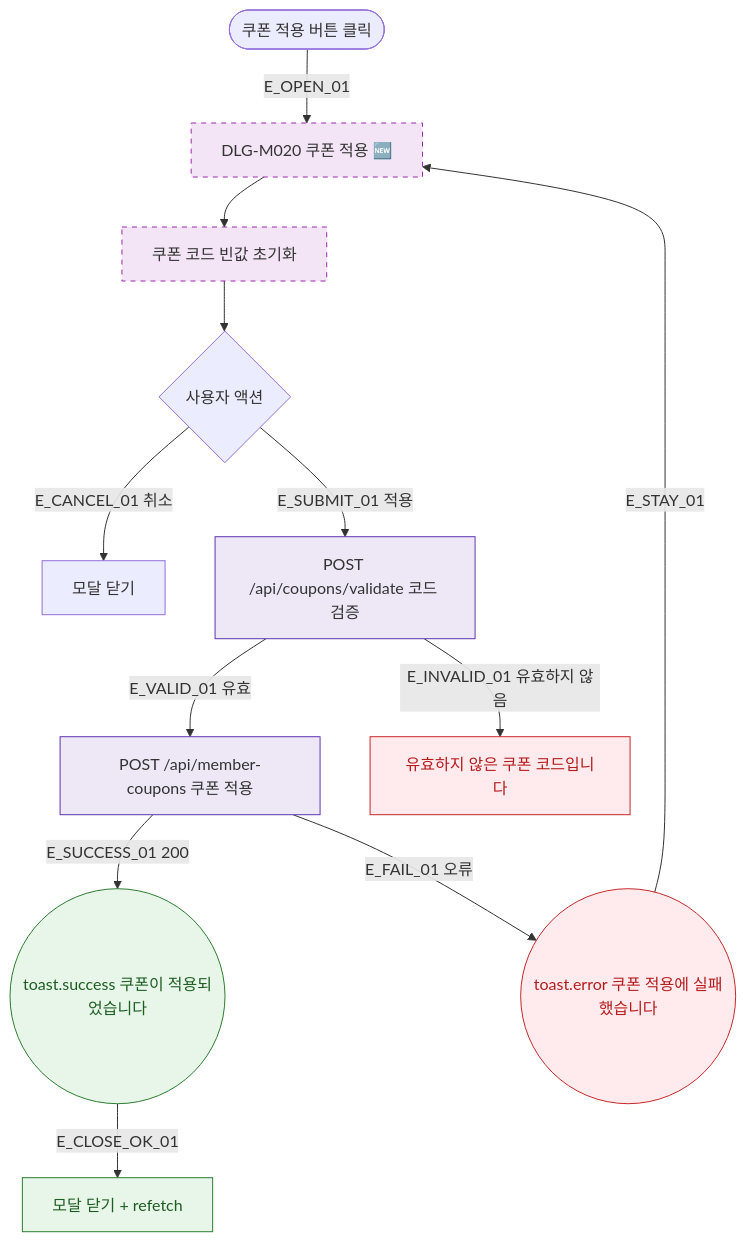
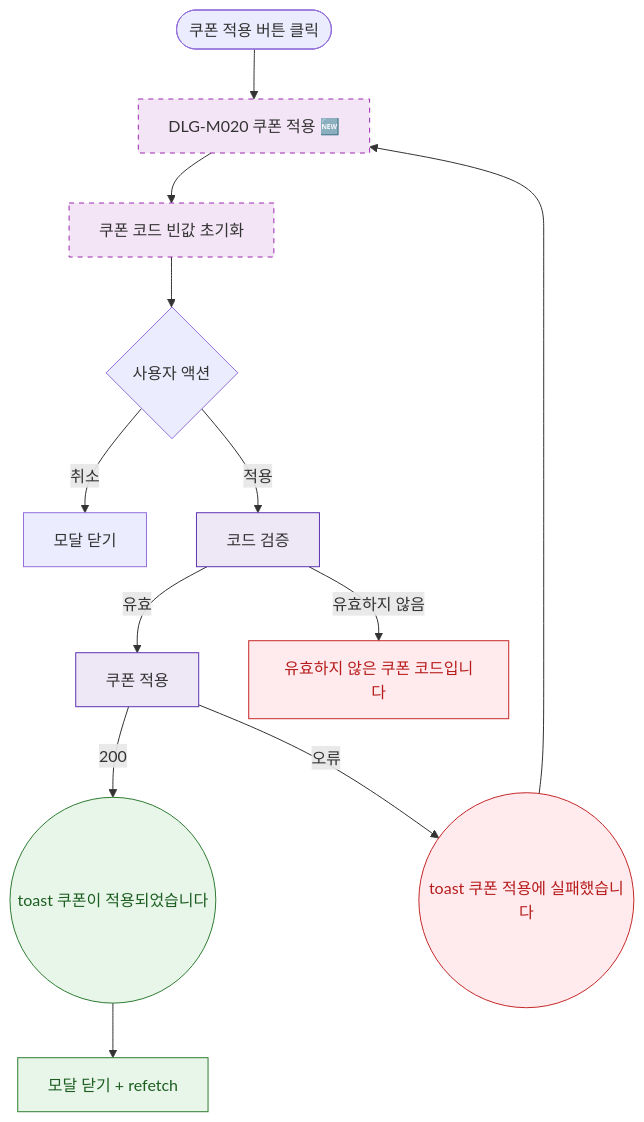
Before and after one commit to dev-spogym/admin-pando: the diagram in docs/다이어그램/D02_회원관리/DLG/DLG-M020_쿠폰적용/M1_생명주기.md, drawn with Mermaid. The commit also changed other lines of this file and 1660 other files, not shown here.

First line of the commit message:
다이어그램: 기획자/클라이언트 납품본으로 정리

````diff
--- a/docs/다이어그램/D02_회원관리/DLG/DLG-M020_쿠폰적용/M1_생명주기.md
+++ b/docs/다이어그램/D02_회원관리/DLG/DLG-M020_쿠폰적용/M1_생명주기.md
@@ -22,31 +20,31 @@
 ```mermaid
 flowchart TD
   TRIGGER([쿠폰 적용 버튼 클릭])
 
-  TRIGGER -->|E_OPEN_01| DLG_OPEN[DLG-M020 쿠폰 적용 🆕]
+  TRIGGER --> DLG_OPEN[DLG-M020 쿠폰 적용 🆕]
   DLG_OPEN --> INIT[쿠폰 코드 빈값 초기화]
 
   INIT --> USER_ACT{사용자 액션}
 
-  USER_ACT -->|E_CANCEL_01 취소| CLOSE[모달 닫기]
-  USER_ACT -->|E_SUBMIT_01 적용| API_VALIDATE[POST /api/coupons/validate 코드 검증]
+  USER_ACT -->|취소|CLOSE[모달 닫기]
+  USER_ACT -->|적용|API_VALIDATE[코드 검증]
 
-  API_VALIDATE -->|E_VALID_01 유효| API_APPLY[POST /api/member-coupons 쿠폰 적용]
-  API_VALIDATE -->|E_INVALID_01 유효하지 않음| ERR_CODE[유효하지 않은 쿠폰 코드입니다]
+  API_VALIDATE -->|유효|API_APPLY[쿠폰 적용]
+  API_VALIDATE -->|유효하지 않음|ERR_CODE[유효하지 않은 쿠폰 코드입니다]
 
-  API_APPLY -->|E_SUCCESS_01 200| TOAST_OK((toast.success 쿠폰이 적용되었습니다))
-  TOAST_OK  -->|E_CLOSE_OK_01| POST_OK[모달 닫기 + refetch]
+  API_APPLY -->|200|TOAST_OK((toast 쿠폰이 적용되었습니다))
+  TOAST_OK --> POST_OK[모달 닫기 + refetch]
 
-  API_APPLY -->|E_FAIL_01 오류| TOAST_ERR((toast.error 쿠폰 적용에 실패했습니다))
-  TOAST_ERR -->|E_STAY_01| DLG_OPEN
+  API_APPLY -->|오류|TOAST_ERR((toast 쿠폰 적용에 실패했습니다))
+  TOAST_ERR --> DLG_OPEN
 
   classDef newFeature fill:#F3E5F5,stroke:#9C27B0,stroke-dasharray:5 5
-  classDef success    fill:#E8F5E9,stroke:#2E7D32,color:#1B5E20
-  classDef error      fill:#FFEBEE,stroke:#C62828,color:#B71C1C
-  classDef system     fill:#EDE7F6,stroke:#5E35B2
+  classDef success fill:#E8F5E9,stroke:#2E7D32,color:#1B5E20
+  classDef error fill:#FFEBEE,stroke:#C62828,color:#B71C1C
+  classDef system fill:#EDE7F6,stroke:#5E35B2
 
   class DLG_OPEN,INIT newFeature
   class TOAST_OK,POST_OK success
   class ERR_CODE,TOAST_ERR error
   class API_VALIDATE,API_APPLY system
 ```
````
